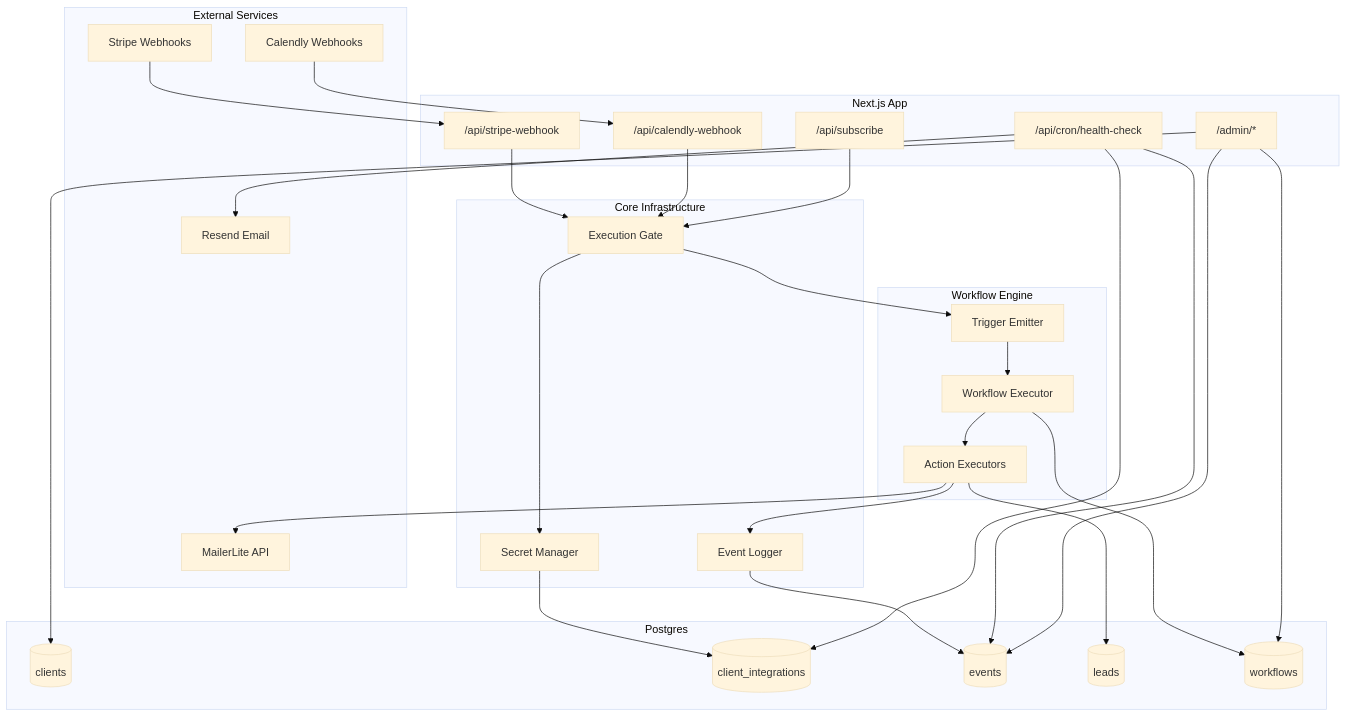
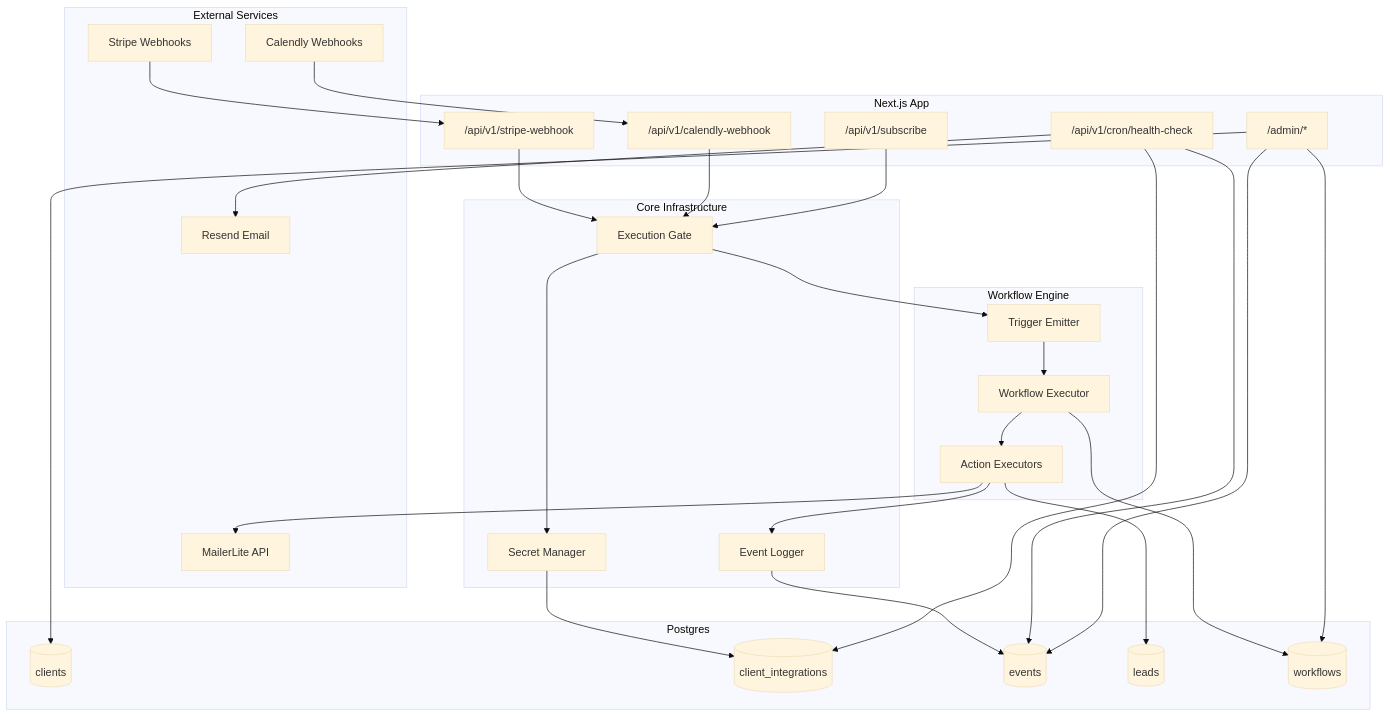
The diagram in docs/ARCHITECTURE.md (sammrosen/revline), drawn with Mermaid (base theme) before and after one commit. The commit also changed other lines of this file and 109 other files, not shown here.

````diff
--- a/docs/ARCHITECTURE.md
+++ b/docs/ARCHITECTURE.md
@@ -9,59 +9,59 @@
 ```mermaid
 flowchart TB
     subgraph external [External Services]
         Stripe[Stripe Webhooks]
         Calendly[Calendly Webhooks]
         ML[MailerLite API]
         Resend[Resend Email]
     end
 
     subgraph app [Next.js App]
-        Subscribe["/api/subscribe"]
-        StripeWH["/api/stripe-webhook"]
-        CalendlyWH["/api/calendly-webhook"]
+        Subscribe["/api/v1/subscribe"]
+        StripeWH["/api/v1/stripe-webhook"]
+        CalendlyWH["/api/v1/calendly-webhook"]
         Admin["/admin/*"]
-        Cron["/api/cron/health-check"]
+        Cron["/api/v1/cron/health-check"]
     end
 
     subgraph workflow [Workflow Engine]
         Trigger[Trigger Emitter]
         Engine[Workflow Executor]
         Executors[Action Executors]
     end
 
     subgraph core [Core Infrastructure]
         ClientGate[Execution Gate]
         SecretMgr[Secret Manager]
         EventLog[Event Logger]
     end
 
     subgraph data [Postgres]
         Clients[(clients)]
         Integrations[(client_integrations)]
         Events[(events)]
         Leads[(leads)]
         Workflows[(workflows)]
     end
 
     Stripe --> StripeWH
     Calendly --> CalendlyWH
     StripeWH --> ClientGate
     CalendlyWH --> ClientGate
     Subscribe --> ClientGate
     ClientGate --> Trigger
     Trigger --> Engine
     Engine --> Executors
     Executors --> ML
     Executors --> EventLog
     Executors --> Leads
     Engine --> Workflows
     ClientGate --> SecretMgr
     SecretMgr --> Integrations
     EventLog --> Events
     Cron --> Events
     Cron --> Integrations
     Cron --> Resend
     Admin --> Clients
     Admin --> Events
     Admin --> Workflows
 ```
````
